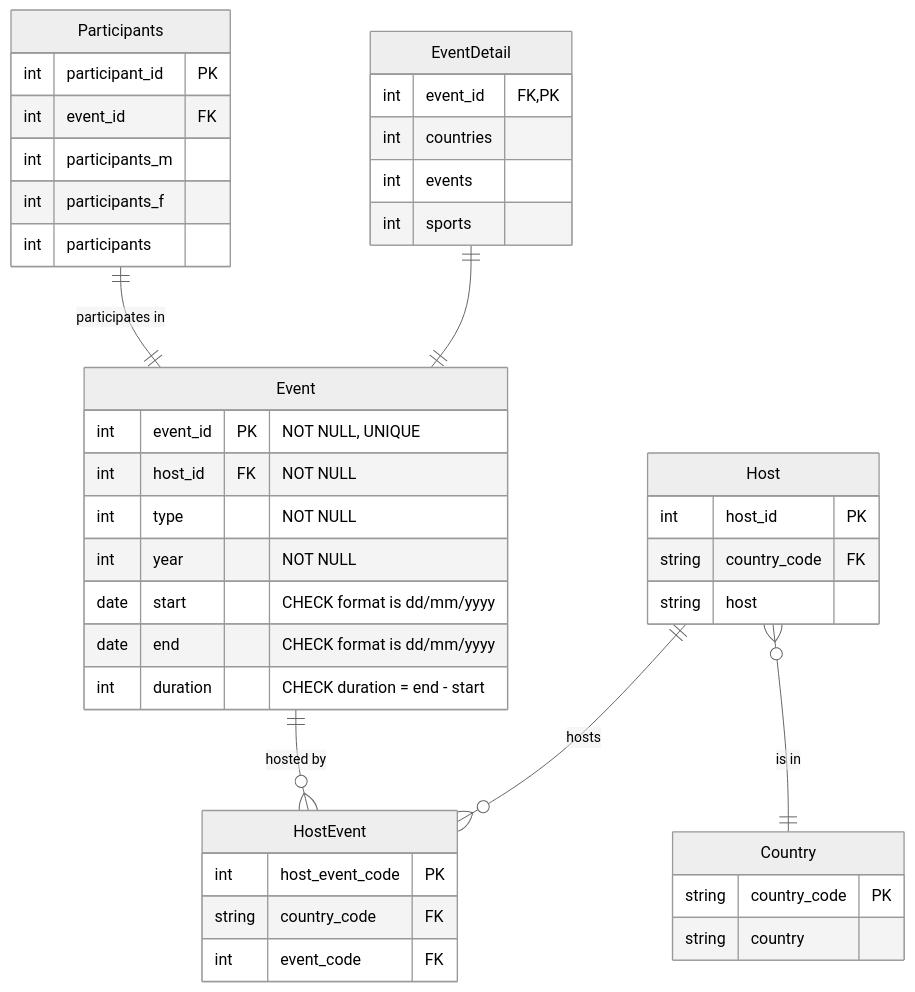
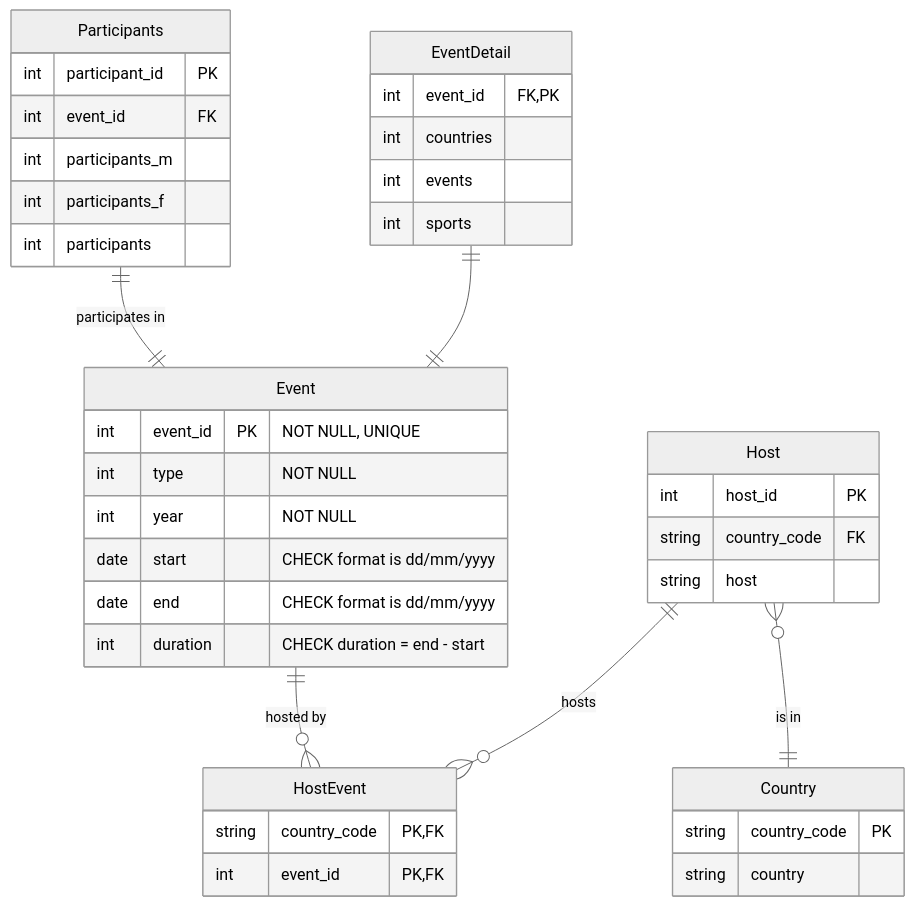
The first of 3 diagrams in activities/week4/4-4-constraints.md (nicholsons/comp0035-2024-tutorials), drawn with Mermaid (neutral theme) before and after one commit. The commit also changed 6 other files, not shown here.

````diff
--- a/activities/week4/4-4-constraints.md
+++ b/activities/week4/4-4-constraints.md
@@ -28,50 +28,48 @@
 ```mermaid
 erDiagram
     Event {
         int event_id PK "NOT NULL, UNIQUE"
-        int host_id FK "NOT NULL"
         int type "NOT NULL"
         int year "NOT NULL"
         date start "CHECK format is dd/mm/yyyy"
         date end "CHECK format is dd/mm/yyyy"
         int duration "CHECK duration = end - start"
     }
 
     Country {
         string country_code PK
         string country
     }
 
     Host {
         int host_id PK
         string country_code FK
         string host
     }
 
     HostEvent {
-        int host_event_code PK
-        string country_code FK
-        int event_code FK
+        string country_code PK, FK
+        int event_id PK, FK
     }
 
     Participants {
         int participant_id PK
         int event_id FK
         int participants_m
         int participants_f
         int participants
     }
 
     EventDetail {
         int event_id FK, PK
         int countries
         int events
         int sports
     }
 
     Event ||--o{ HostEvent: "hosted by"
     Host ||--o{ HostEvent: hosts
     Host }o--|| Country: "is in"
     Participants ||--|| Event: "participates in"
     EventDetail ||--|| Event: ""
 ```
````
